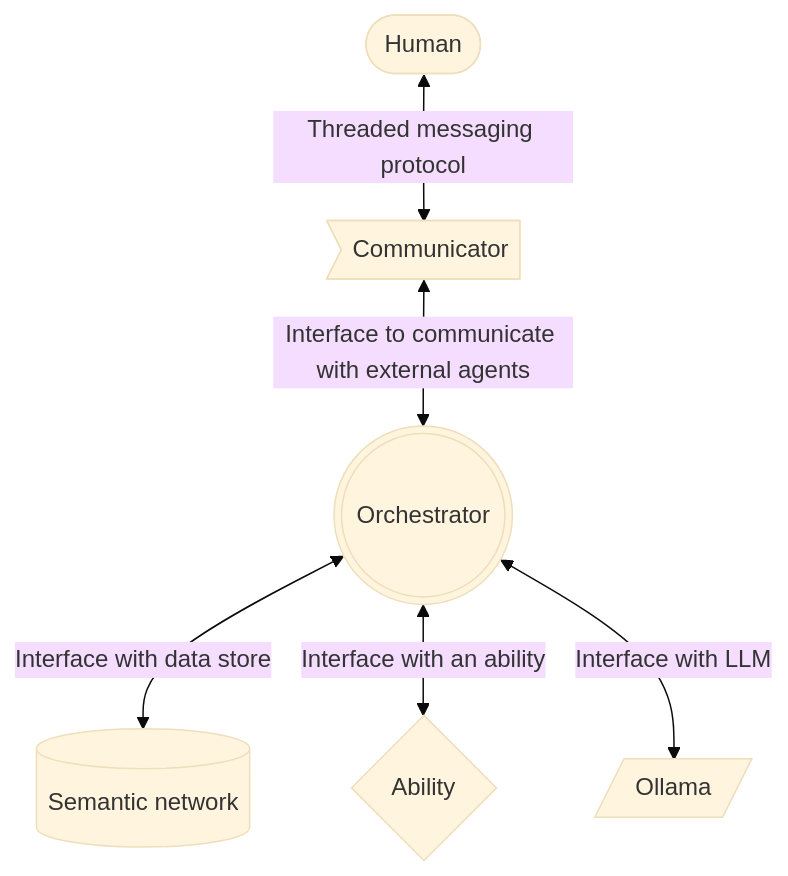
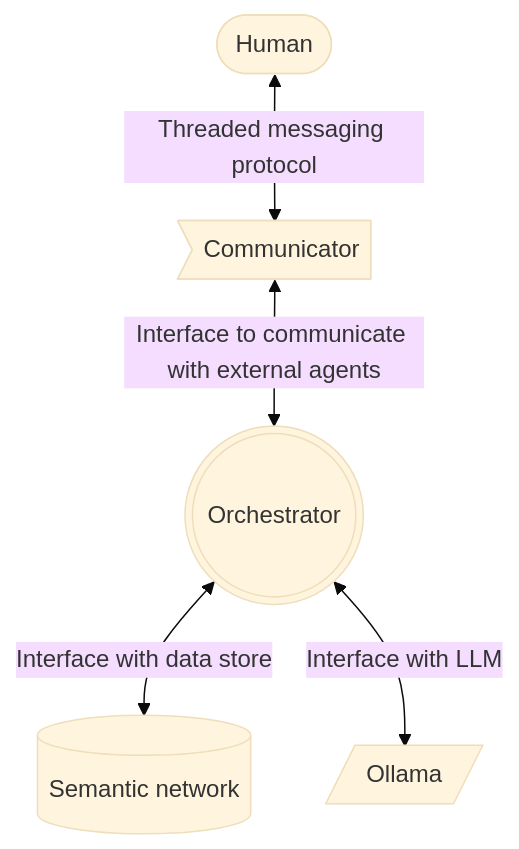
One commit to ReasonAbleAI/ReasonAbleAI changed the diagram in README.md. Above: the diagram before and after it, drawn with Mermaid (base theme). The commit also changed other lines of this file, not shown here.

````diff
--- a/README.md
+++ b/README.md
@@ -17,8 +7,11 @@
 ```mermaid
 graph TB
     A([Human]) <-- "Threaded messaging protocol" --> F>Communicator]
     F <-- "Interface to communicate with external agents" --> B(((Orchestrator)))
     B <-- "Interface with data store" --> D[(Semantic network)]
-    B <-- "Interface with an ability" --> C{Ability}
     B <-- "Interface with LLM" --> G[/Ollama/]
+    click F href "https://github.com/ReasonAbleAI/emailer" "Emailer Communicator"
+    click B href "https://github.com/ReasonAbleAI/orchestrator" "Orchestrator"
+    click D href "https://github.com/ReasonAbleAI/semantic-network" "Semantic Network"
+    click G href "https://github.com/ollama/ollama" "Ollama"
 ```
````
